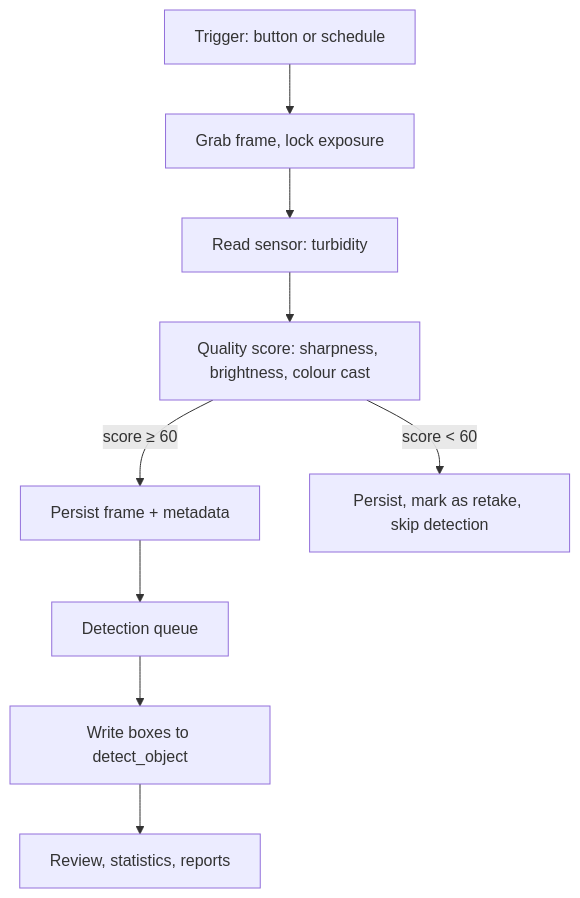
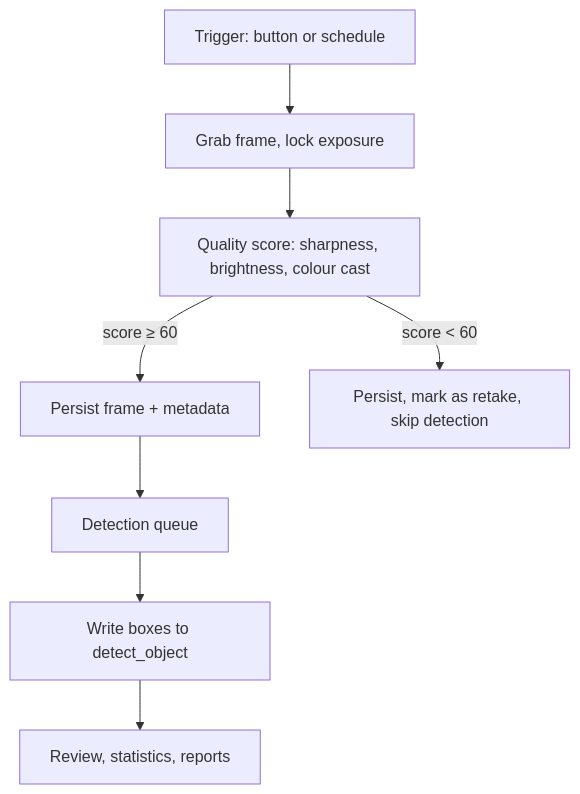
Before and after one commit to FrozenYty/aquavision: the second of 2 diagrams in docs/architecture-en.md, drawn with Mermaid. The commit also changed other lines of this file and 60 other files, not shown here.

````diff
--- a/docs/architecture-en.md
+++ b/docs/architecture-en.md
@@ -114,11 +114,10 @@
 ```mermaid
 flowchart TD
     A[Trigger: button or schedule] --> B[Grab frame, lock exposure]
-    B --> C[Read sensor: turbidity]
-    C --> D[Quality score: sharpness, brightness, colour cast]
+    B --> D[Quality score: sharpness, brightness, colour cast]
     D -->|score ≥ 60| E[Persist frame + metadata]
     D -->|score < 60| F[Persist, mark as retake, skip detection]
     E --> G[Detection queue]
     G --> H[Write boxes to detect_object]
     H --> I[Review, statistics, reports]
 ```
````
